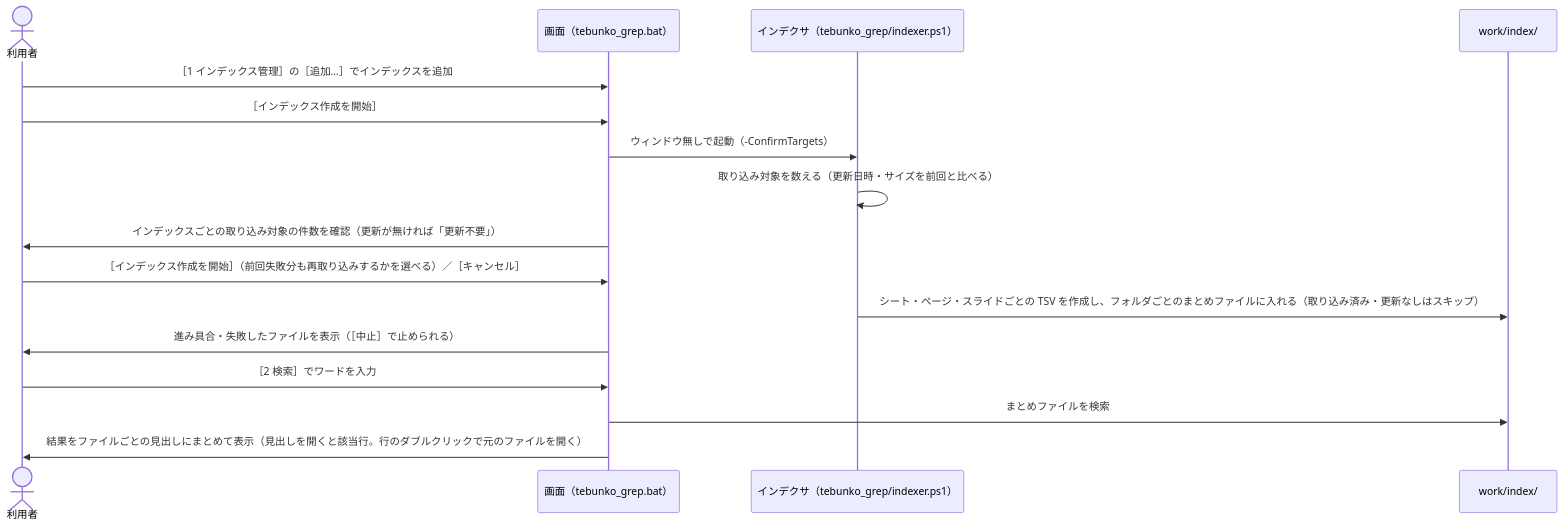
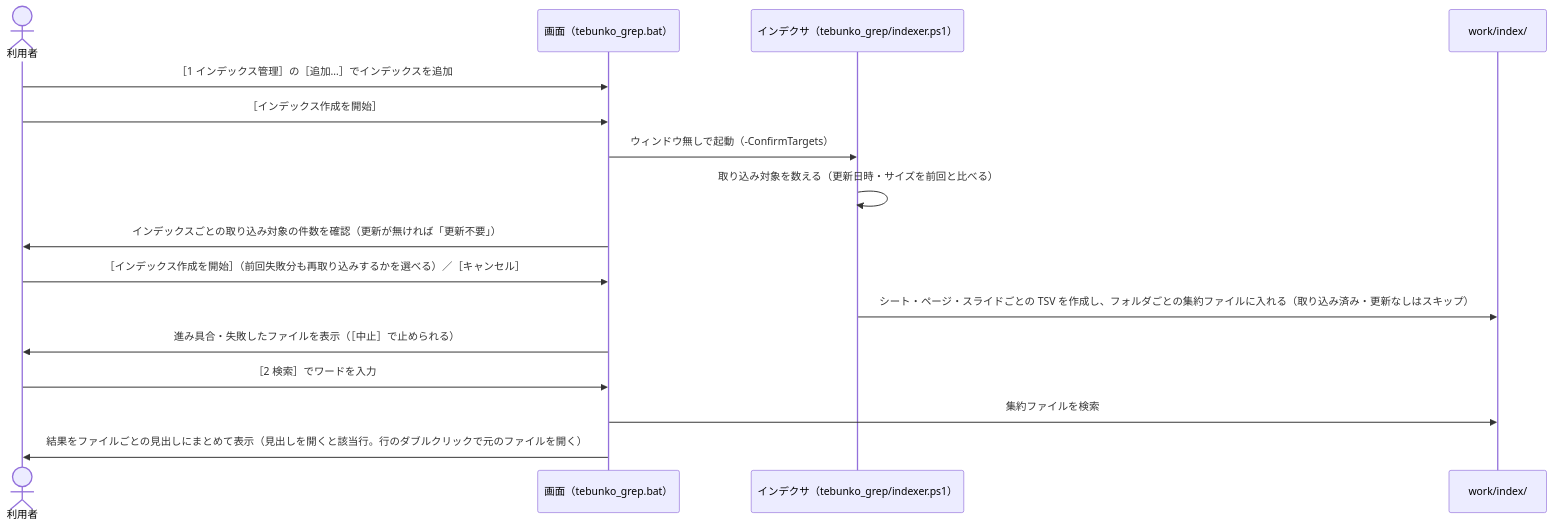
One commit to hsgwa/tebunko changed the second of 2 diagrams in docs/00_index.md. Above: the diagram before and after it, drawn with Mermaid. The commit also changed other lines of this file and 44 other files, not shown here.

````diff
--- a/docs/00_index.md
+++ b/docs/00_index.md
@@ -159,19 +159,19 @@
 ```mermaid
 sequenceDiagram
     actor U as 利用者
     participant G as 画面（tebunko_grep.bat）
     participant CV as インデクサ（tebunko_grep/indexer.ps1）
     participant W as work/index/
 
     U->>G: ［1 インデックス管理］の［追加…］でインデックスを追加
     U->>G: ［インデックス作成を開始］
     G->>CV: ウィンドウ無しで起動（-ConfirmTargets）
     CV->>CV: 取り込み対象を数える（更新日時・サイズを前回と比べる）
     G->>U: インデックスごとの取り込み対象の件数を確認（更新が無ければ「更新不要」）
     U->>G: ［インデックス作成を開始］（前回失敗分も再取り込みするかを選べる）／［キャンセル］
-    CV->>W: シート・ページ・スライドごとの TSV を作成し、フォルダごとのまとめファイルに入れる（取り込み済み・更新なしはスキップ）
+    CV->>W: シート・ページ・スライドごとの TSV を作成し、フォルダごとの集約ファイルに入れる（取り込み済み・更新なしはスキップ）
     G->>U: 進み具合・失敗したファイルを表示（［中止］で止められる）
     U->>G: ［2 検索］でワードを入力
-    G->>W: まとめファイルを検索
+    G->>W: 集約ファイルを検索
     G->>U: 結果をファイルごとの見出しにまとめて表示（見出しを開くと該当行。行のダブルクリックで元のファイルを開く）
 ```
````
